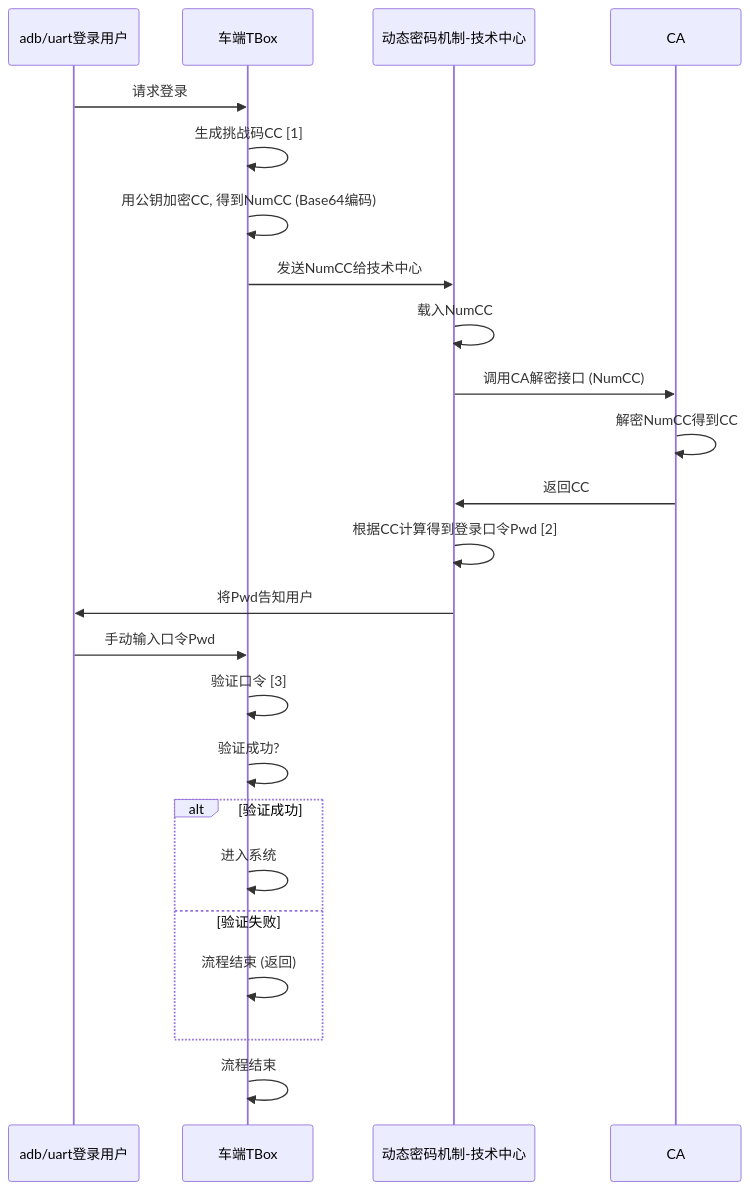
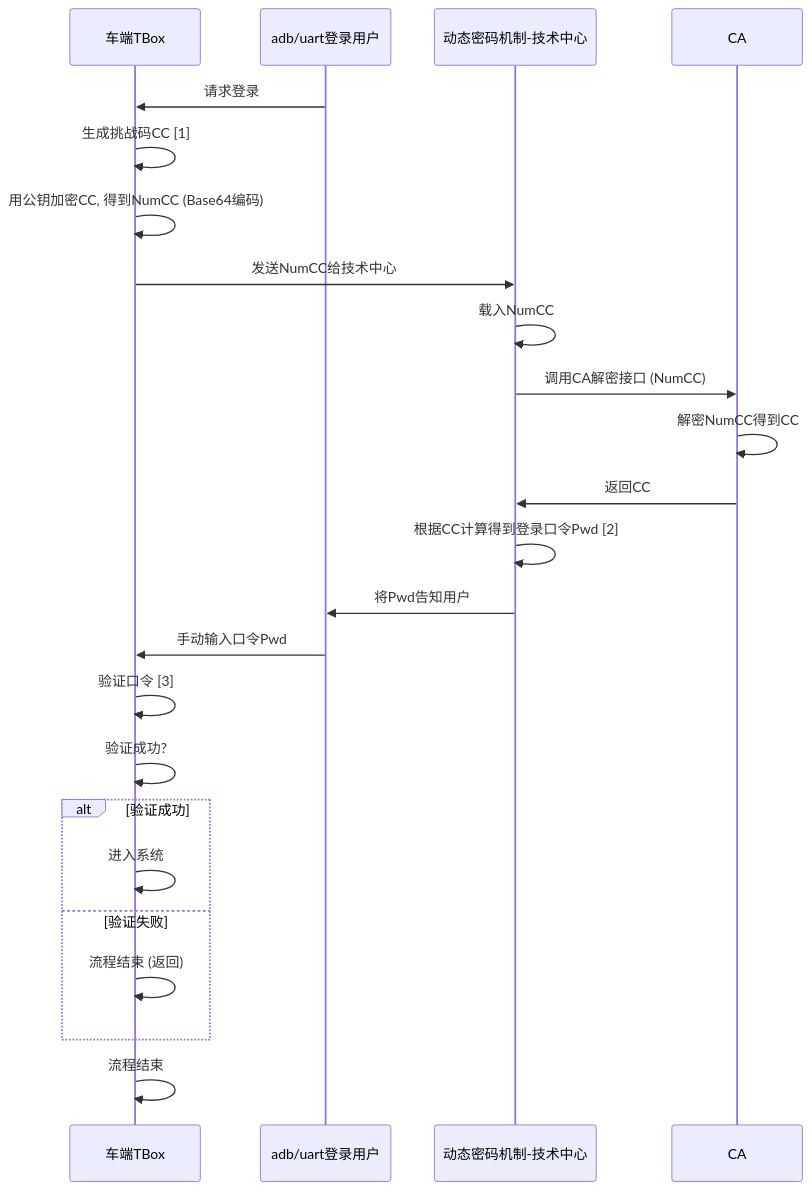
The diagram in all/未命名-13.md (facebook-cloud/iodraw-files), drawn with Mermaid before and after one commit.

Commit message:
2026-01-26 18:14:35 update

````diff
--- a/all/未命名-13.md
+++ b/all/未命名-13.md
@@ -1,29 +1,29 @@
 ```mermaid
 sequenceDiagram
-    
+    participant tbox as 车端TBox
     participant user as adb/uart登录用户
     participant tbox as 车端TBox
     participant tech_center as 动态密码机制-技术中心
     participant ca as CA
 
     user->>tbox: 请求登录
     tbox->>tbox: 生成挑战码CC [1]
     tbox->>tbox: 用公钥加密CC, 得到NumCC (Base64编码)
     tbox->>tech_center: 发送NumCC给技术中心
     tech_center->>tech_center: 载入NumCC
     tech_center->>ca: 调用CA解密接口 (NumCC)
     ca->>ca: 解密NumCC得到CC
     ca->>tech_center: 返回CC
     tech_center->>tech_center: 根据CC计算得到登录口令Pwd [2]
     tech_center->>user: 将Pwd告知用户
     user->>tbox: 手动输入口令Pwd
     tbox->>tbox: 验证口令 [3]
     tbox->>tbox: 验证成功?
     alt 验证成功
         tbox->>tbox: 进入系统
     else 验证失败
         tbox->>tbox: 流程结束 (返回)
     end
     tbox->>tbox: 流程结束
 
 ```
````
